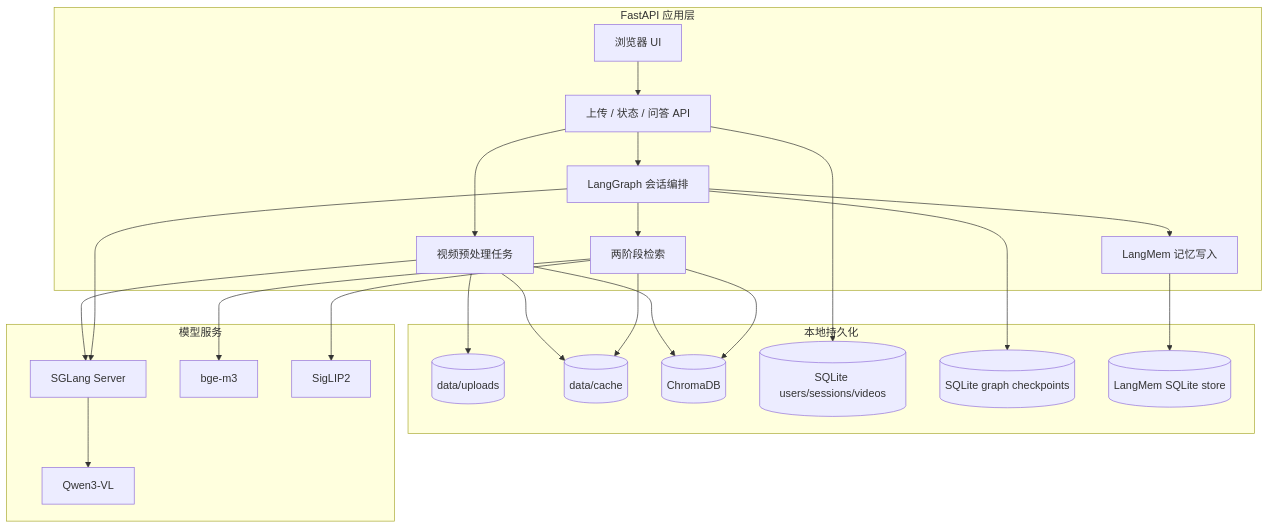
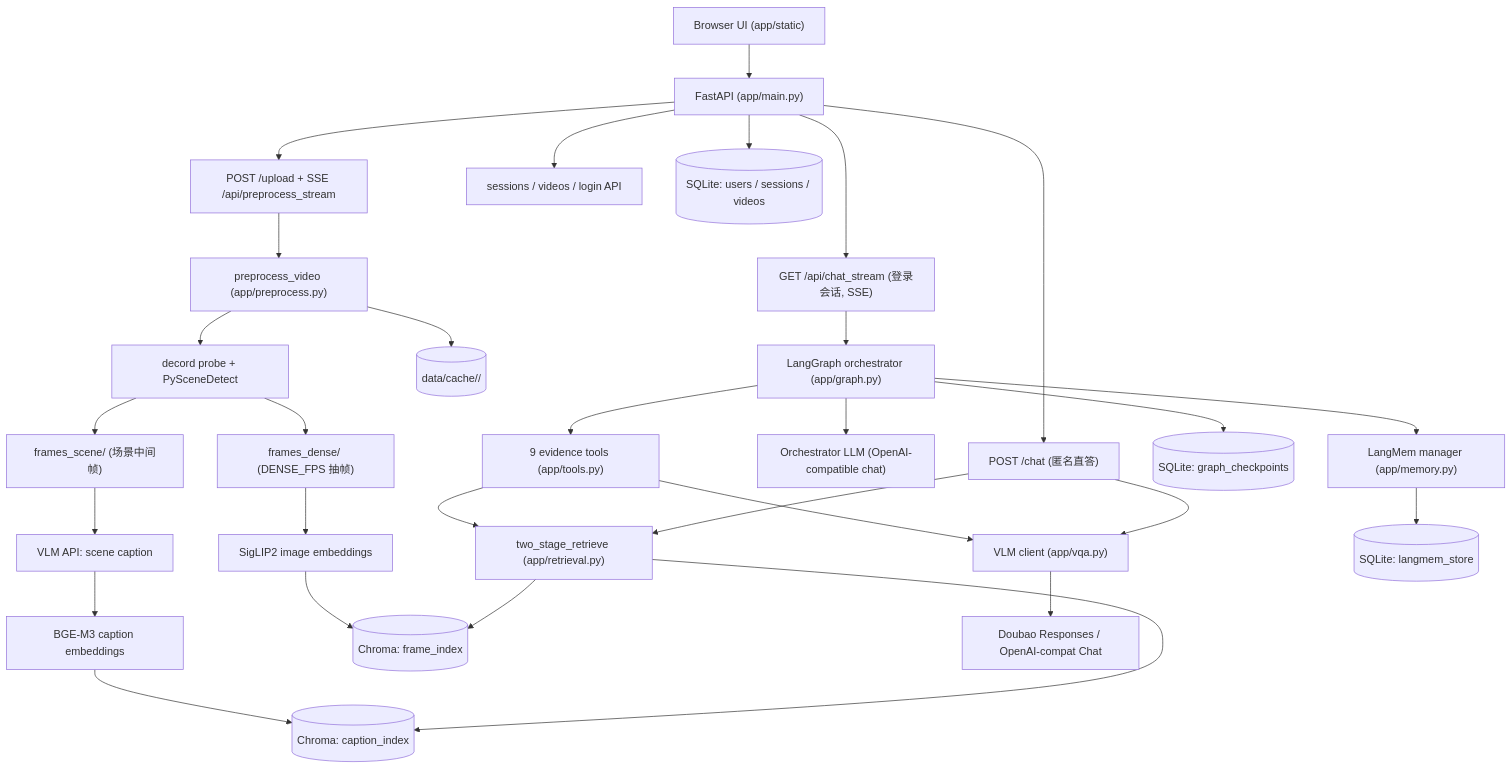
The first of 5 diagrams in README.md (MichaelSou1/reading-not-reasoning), drawn with Mermaid before and after one commit. The commit also changed other lines of this file and 16 other files, not shown here.

````diff
--- a/README.md
+++ b/README.md
@@ -44,46 +45,34 @@
 ```mermaid
 flowchart TB
-    subgraph Web["FastAPI 应用层"]
-        UI[浏览器 UI]
-        API[上传 / 状态 / 问答 API]
-        PRE[视频预处理任务]
-        RET[两阶段检索]
-        GRAPH[LangGraph 会话编排]
-        MEM[LangMem 记忆写入]
-    end
+    UI["Browser UI (app/static)"] --> API["FastAPI (app/main.py)"]
+    API --> UPLOAD["POST /upload + SSE /api/preprocess_stream"]
+    API --> CHAT_STREAM["GET /api/chat_stream (登录会话, SSE)"]
+    API --> CHAT_DIRECT["POST /chat (匿名直答)"]
+    API --> SESSION["sessions / videos / login API"]
+    API --> DB[("SQLite: users / sessions / videos")]
 
-    subgraph Store["本地持久化"]
-        UP[(data/uploads)]
-        CACHE[(data/cache)]
-        CHROMA[(ChromaDB)]
-        DB[(SQLite users/sessions/videos)]
-        CKPT[(SQLite graph checkpoints)]
-        LM[(LangMem SQLite store)]
-    end
+    UPLOAD --> PRE["preprocess_video (app/preprocess.py)"]
+    PRE --> PROBE["decord probe + PySceneDetect"]
+    PROBE --> SCENE_FRAMES["frames_scene/ (场景中间帧)"]
+    PROBE --> DENSE_FRAMES["frames_dense/ (DENSE_FPS 抽帧)"]
+    SCENE_FRAMES --> CAPTION["VLM API: scene caption"]
+    CAPTION --> BGE_BUILD["BGE-M3 caption embeddings"]
+    DENSE_FRAMES --> SIG_BUILD["SigLIP2 image embeddings"]
+    BGE_BUILD --> CIDX[("Chroma: caption_index")]
+    SIG_BUILD --> FIDX[("Chroma: frame_index")]
+    PRE --> CACHE[("data/cache/<video_id>/")]
 
-    subgraph Inference["模型服务"]
-        SGL[SGLang Server]
-        QWEN[Qwen3-VL]
-        BGE[bge-m3]
-        SIG[SigLIP2]
-    end
-
-    UI --> API
-    API --> PRE
-    API --> GRAPH
-    GRAPH --> RET
-    GRAPH --> MEM
-    PRE --> UP
-    PRE --> CACHE
-    PRE --> CHROMA
-    RET --> CHROMA
-    RET --> CACHE
-    API --> DB
-    GRAPH --> CKPT
-    MEM --> LM
-    PRE --> SGL
-    RET --> BGE
-    RET --> SIG
-    GRAPH --> SGL
-    SGL --> QWEN
+    CHAT_STREAM --> GRAPH["LangGraph orchestrator (app/graph.py)"]
+    GRAPH --> ORCH_LLM["Orchestrator LLM (OpenAI-compatible chat)"]
+    GRAPH --> TOOLS["9 evidence tools (app/tools.py)"]
+    TOOLS --> RET["two_stage_retrieve (app/retrieval.py)"]
+    RET --> CIDX
+    RET --> FIDX
+    TOOLS --> VQA["VLM client (app/vqa.py)"]
+    VQA --> REMOTE["Doubao Responses / OpenAI-compat Chat"]
+    GRAPH --> CKPT[("SQLite: graph_checkpoints")]
+    GRAPH --> MEM["LangMem manager (app/memory.py)"]
+    MEM --> LM[("SQLite: langmem_store")]
+    CHAT_DIRECT --> RET
+    CHAT_DIRECT --> VQA
 ```
````
